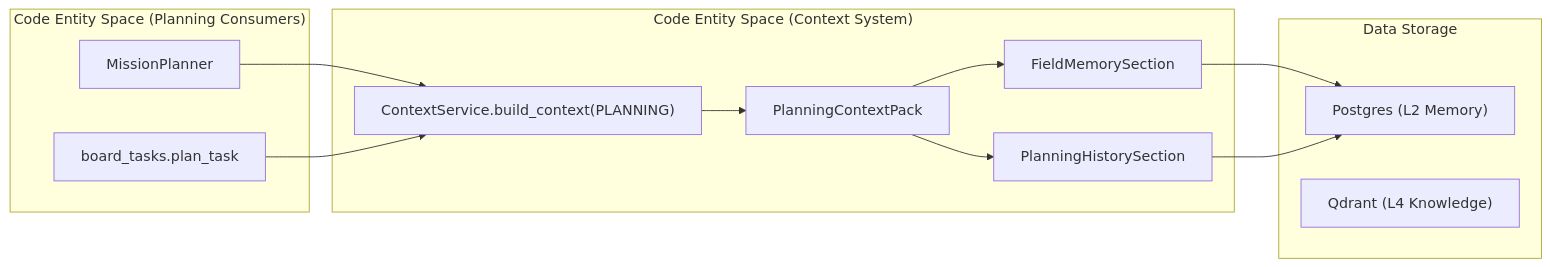
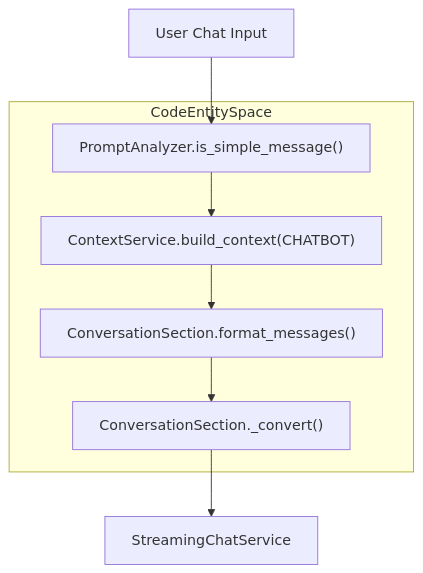
Before and after one commit to AutomatosAI/automatos-ai: the third of 3 diagrams in docs/context-service/migration-integration.md, drawn with Mermaid. The commit also changed other lines of this file and 188 other files, not shown here.

First line of the commit message:
docs: refresh architecture docs and add coverage for new subsystems (#1416)

````diff
--- a/docs/context-service/migration-integration.md
+++ b/docs/context-service/migration-integration.md
@@ -111,27 +134,12 @@
 ```mermaid
-graph LR
-    subgraph "Code Entity Space (Planning Consumers)"
-        MP["MissionPlanner"]
-        BT["board_tasks.plan_task"]
+graph TD
+    UserMsg["User Chat Input"] --> Analyzer["PromptAnalyzer.is_simple_message()"]
+
+    subgraph CodeEntitySpace["CodeEntitySpace"]
+        Analyzer --> Svc["ContextService.build_context(CHATBOT)"]
+        Svc --> ConvSection["ConversationSection.format_messages()"]
+        ConvSection --> PartsConv["ConversationSection._convert()"]
     end
 
-    subgraph "Code Entity Space (Context System)"
-        Svc["ContextService.build_context(PLANNING)"]
-        Pack["PlanningContextPack"]
-        FM["FieldMemorySection"]
-        PH["PlanningHistorySection"]
-    end
-
-    subgraph "Data Storage"
-        L2["Postgres (L2 Memory)"]
-        RAG["Qdrant (L4 Knowledge)"]
-    end
-
-    MP --> Svc
-    BT --> Svc
-    Svc --> Pack
-    Pack --> FM
-    Pack --> PH
-    FM --> L2
-    PH --> L2
+    PartsConv --> LLMStream["StreamingChatService"]
 ```
````
